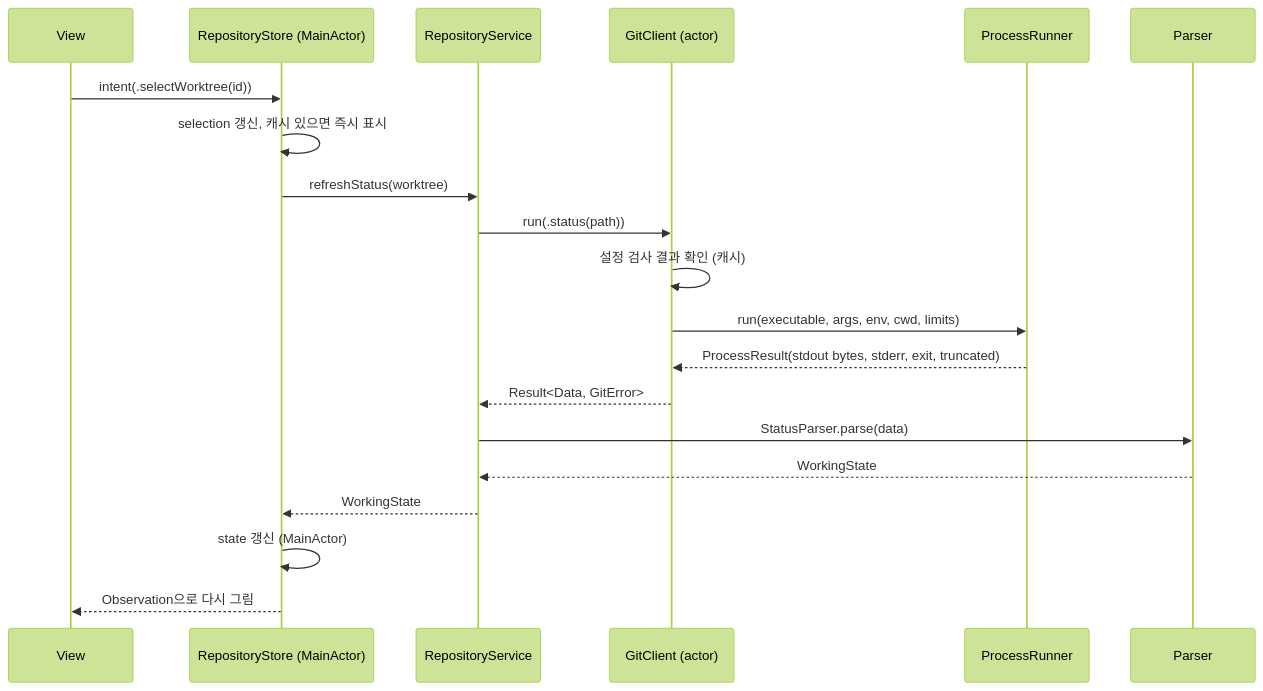
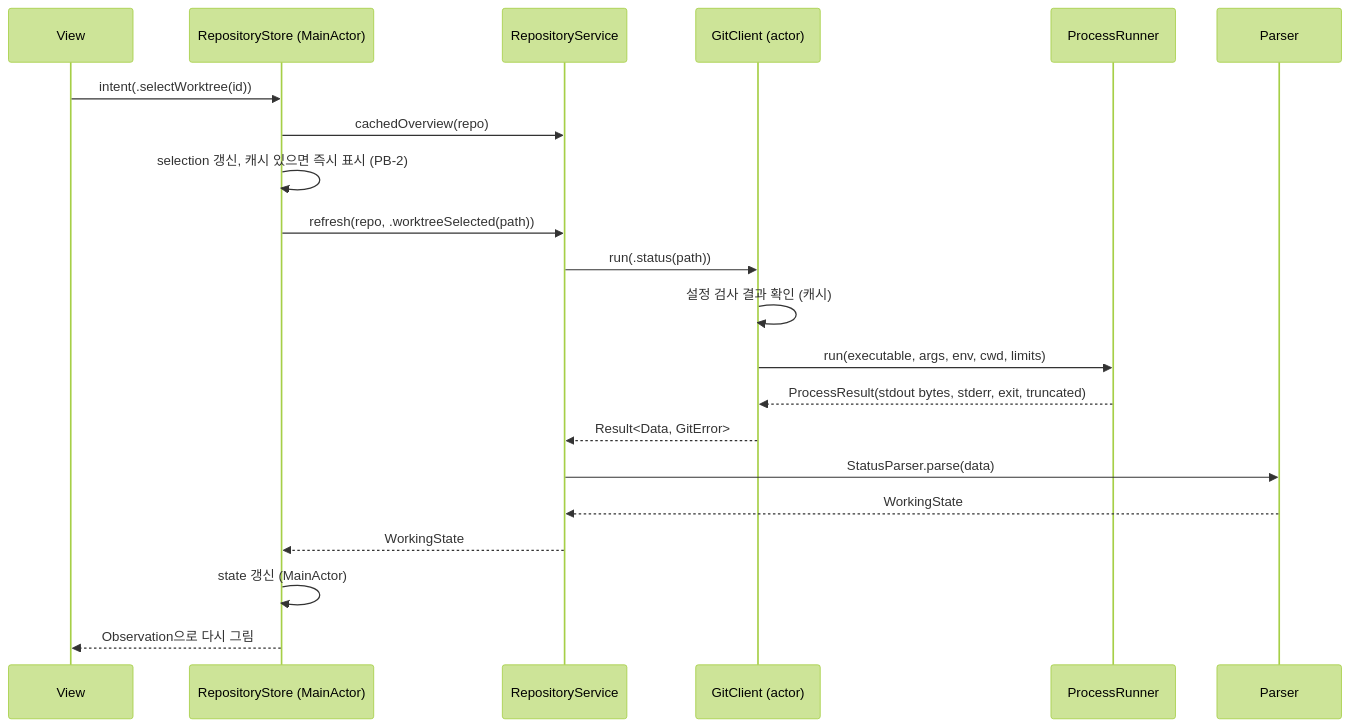
The second of 2 diagrams in docs/architecture/overview.md (kkdy21/overgrove), drawn with Mermaid (forest theme) before and after one commit. The commit also changed other lines of this file and 17 other files, not shown here.

````diff
--- a/docs/architecture/overview.md
+++ b/docs/architecture/overview.md
@@ -112,23 +112,24 @@
 ```mermaid
 sequenceDiagram
     participant View
     participant Store as RepositoryStore (MainActor)
     participant Svc as RepositoryService
     participant Git as GitClient (actor)
     participant PR as ProcessRunner
     participant Parser
 
     View->>Store: intent(.selectWorktree(id))
-    Store->>Store: selection 갱신, 캐시 있으면 즉시 표시
-    Store->>Svc: refreshStatus(worktree)
+    Store->>Svc: cachedOverview(repo)
+    Store->>Store: selection 갱신, 캐시 있으면 즉시 표시 (PB-2)
+    Store->>Svc: refresh(repo, .worktreeSelected(path))
     Svc->>Git: run(.status(path))
     Git->>Git: 설정 검사 결과 확인 (캐시)
     Git->>PR: run(executable, args, env, cwd, limits)
     PR-->>Git: ProcessResult(stdout bytes, stderr, exit, truncated)
     Git-->>Svc: Result<Data, GitError>
     Svc->>Parser: StatusParser.parse(data)
     Parser-->>Svc: WorkingState
     Svc-->>Store: WorkingState
     Store->>Store: state 갱신 (MainActor)
     Store-->>View: Observation으로 다시 그림
 ```
````
